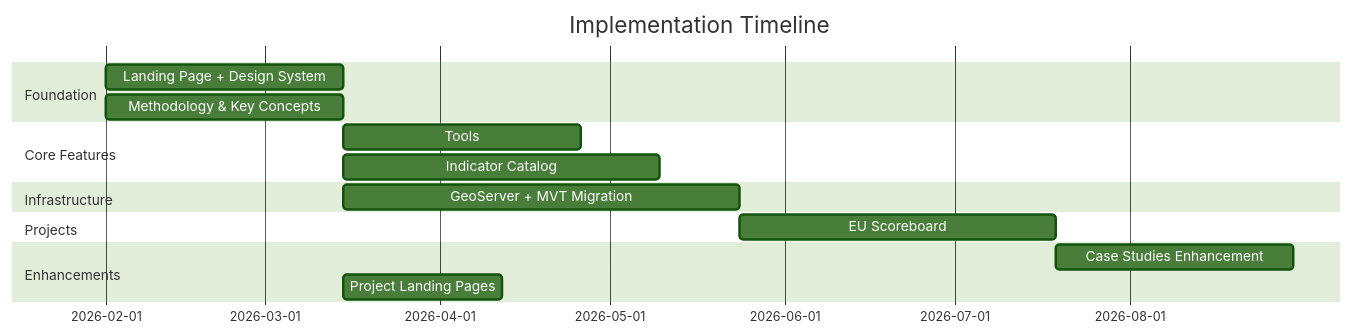
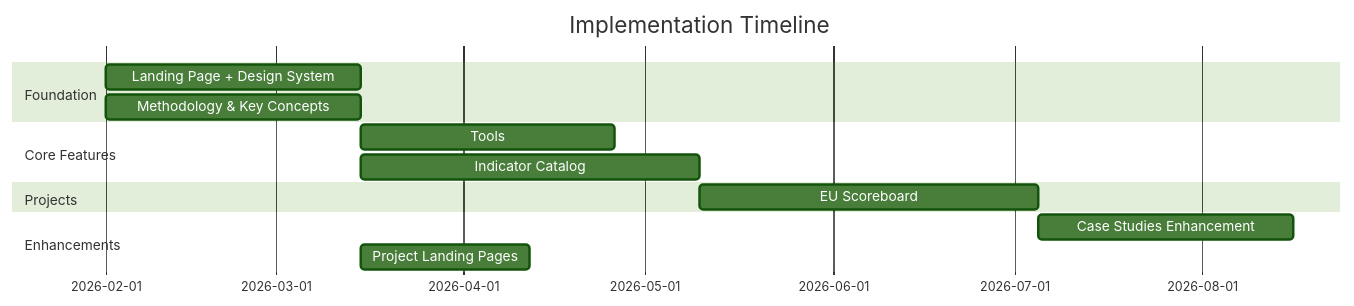
The first of 4 diagrams in TECHNICAL_PLAN.md (upbeat-works/provide), drawn with Mermaid (forest theme) before and after one commit. The commit also changed other lines of this file and 62 other files, not shown here.

````diff
--- a/TECHNICAL_PLAN.md
+++ b/TECHNICAL_PLAN.md
@@ -22,23 +21,20 @@
 ```mermaid
 gantt
     title Implementation Timeline
     dateFormat YYYY-MM-DD
 
     section Foundation
     Landing Page + Design System           :d1, 2026-02-01, 6w
     Methodology & Key Concepts             :d2, 2026-02-01, 6w
 
     section Core Features
     Tools                             :d3, after d1, 6w
     Indicator Catalog                      :d4, after d1, 8w
 
-    section Infrastructure
-    GeoServer + MVT Migration              :d5, after d1, 10w
-
     section Projects
-    EU Scoreboard                          :d6, after d3 d4 d5, 8w
+    EU Scoreboard                          :d5, after d3 d4, 8w
 
     section Enhancements
-    Case Studies Enhancement               :d7, after d6, 6w
-    Project Landing Pages                  :d8, after d1, 4w
+    Case Studies Enhancement               :d6, after d5, 6w
+    Project Landing Pages                  :d7, after d1, 4w
 ```
````
